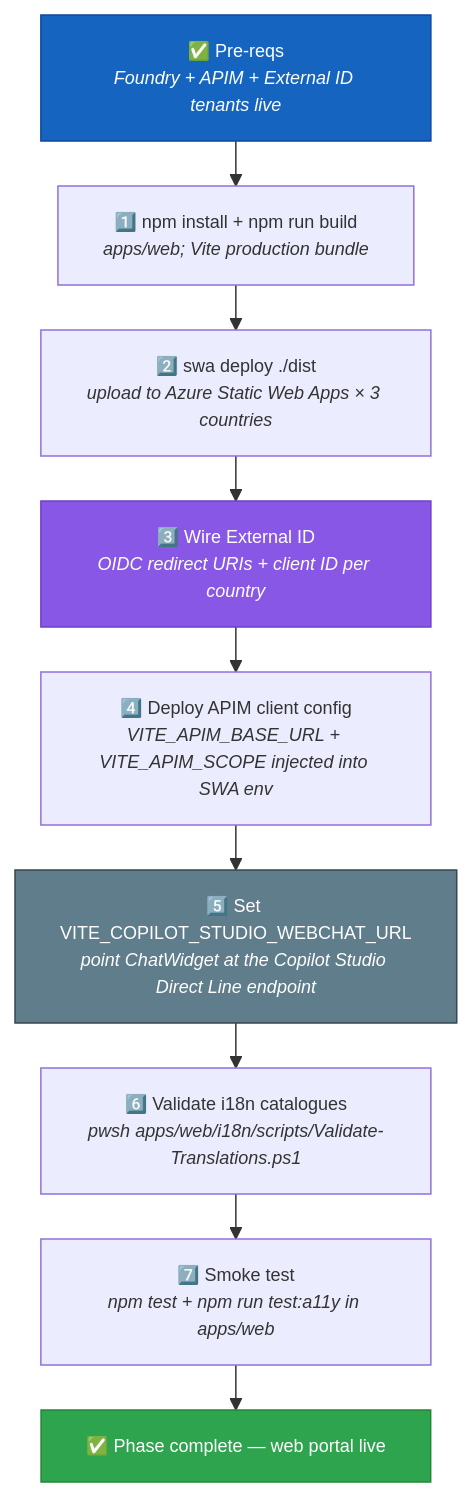
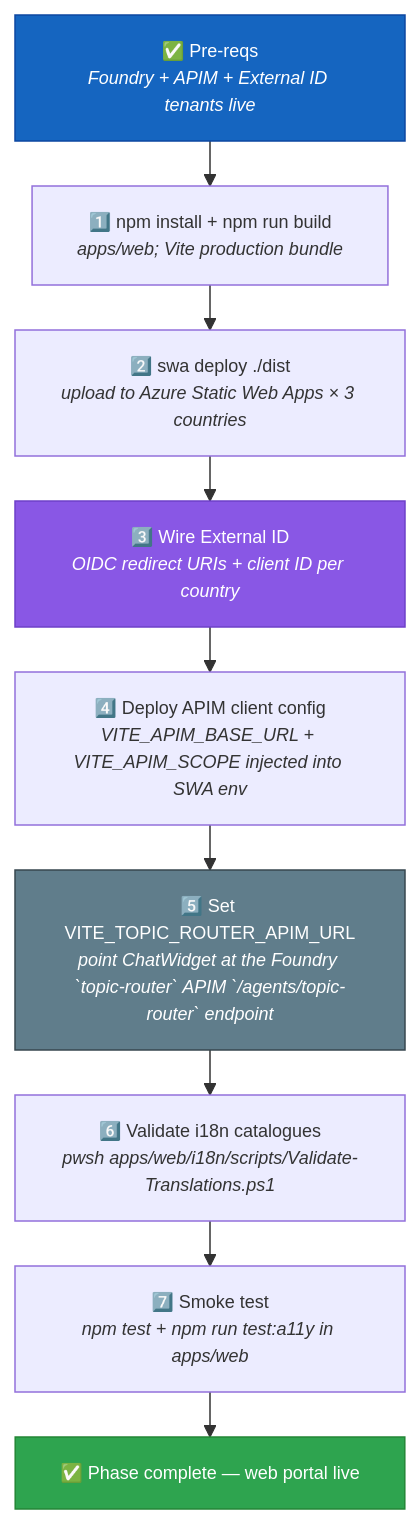
One commit to fredgis/UDCSP changed the fourth of 4 diagrams in docs/biz/web.md. Above: the diagram before and after it, drawn with Mermaid. The commit also changed other lines of this file and 193 other files, not shown here.

````diff
--- a/docs/biz/web.md
+++ b/docs/biz/web.md
@@ -451,20 +428,20 @@
 ```mermaid
 %%{ init: { 'flowchart': { 'nodeSpacing': 25, 'rankSpacing': 30 }, 'themeVariables': { 'fontSize': '12px' } } }%%
 flowchart TB
     P0["✅ Pre-reqs<br/><i>Foundry + APIM + External ID tenants live</i>"]
     P1["1️⃣ npm install + npm run build<br/><i>apps/web; Vite production bundle</i>"]
     P2["2️⃣ swa deploy ./dist<br/><i>upload to Azure Static Web Apps × 3 countries</i>"]
     P3["3️⃣ Wire External ID<br/><i>OIDC redirect URIs + client ID per country</i>"]
     P4["4️⃣ Deploy APIM client config<br/><i>VITE_APIM_BASE_URL + VITE_APIM_SCOPE injected into SWA env</i>"]
-    P5["5️⃣ Set VITE_COPILOT_STUDIO_WEBCHAT_URL<br/><i>point ChatWidget at the Copilot Studio Direct Line endpoint</i>"]
+    P5["5️⃣ Set VITE_TOPIC_ROUTER_APIM_URL<br/><i>point ChatWidget at the Foundry `topic-router` APIM `/agents/topic-router` endpoint</i>"]
     P6["6️⃣ Validate i18n catalogues<br/><i>pwsh apps/web/i18n/scripts/Validate-Translations.ps1</i>"]
     P7["7️⃣ Smoke test<br/><i>npm test + npm run test:a11y in apps/web</i>"]
     P8["✅ Phase complete — web portal live"]
 
     P0 --> P1 --> P2 --> P3 --> P4 --> P5 --> P6 --> P7 --> P8
 
     style P0 fill:#1565c0,stroke:#0d47a1,color:#fff
     style P8 fill:#2ea44f,stroke:#238636,color:#fff
     style P3 fill:#8957e5,stroke:#6e40c9,color:#fff
     style P5 fill:#607d8b,stroke:#37474f,color:#fff
 ```
````
